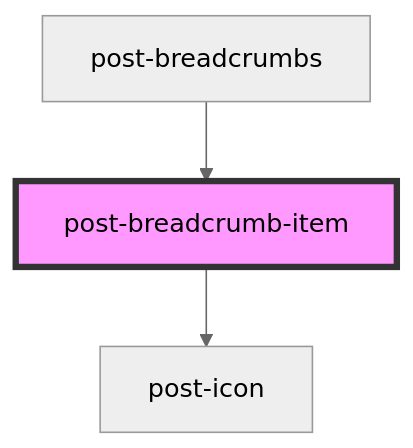
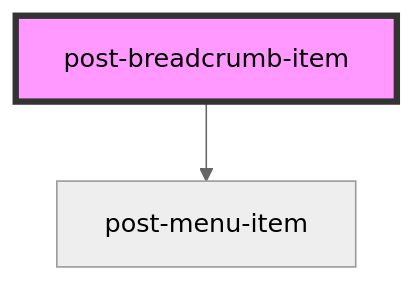
Before and after one commit to swisspost/design-system: the diagram in packages/components/src/components/post-breadcrumb-item/readme.md, drawn with Mermaid (neutral theme). The commit also changed other lines of this file and 15 other files, not shown here.

````diff
--- a/packages/components/src/components/post-breadcrumb-item/readme.md
+++ b/packages/components/src/components/post-breadcrumb-item/readme.md
@@ -31,6 +29,5 @@
 ```mermaid
 graph TD;
-  post-breadcrumb-item --> post-icon
-  post-breadcrumbs --> post-breadcrumb-item
+  post-breadcrumb-item --> post-menu-item
   style post-breadcrumb-item fill:#f9f,stroke:#333,stroke-width:4px
 ```
````
